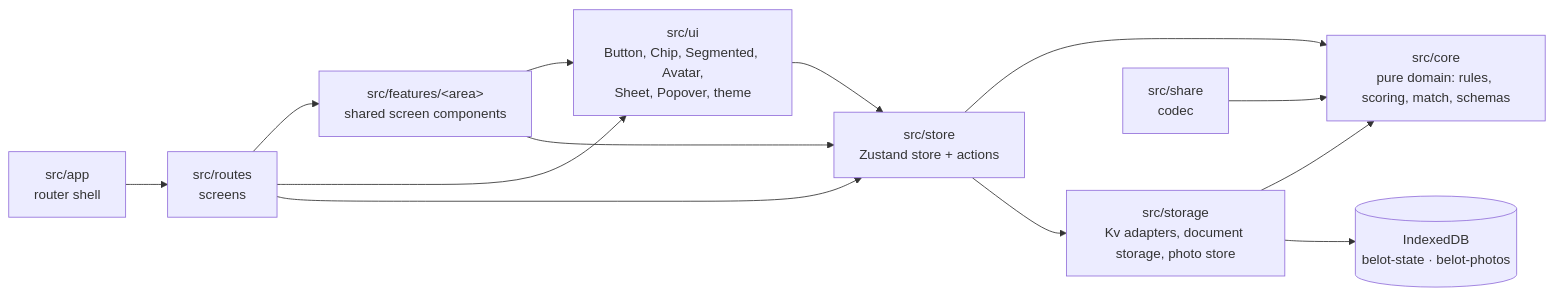
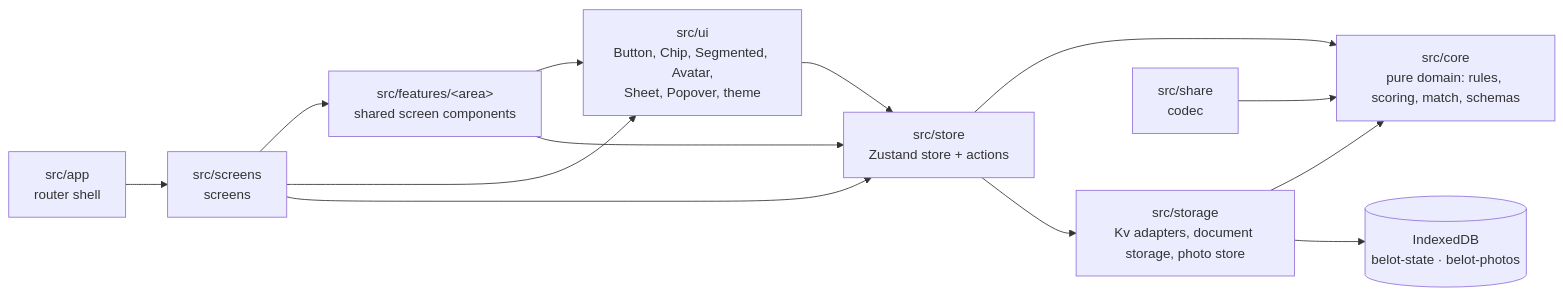
Before and after one commit to stoyanov624/Belot_Scorer: the diagram in docs/Architecture/Overview.md, drawn with Mermaid. The commit also changed other lines of this file and 19 other files, not shown here.

Commit message:
refactor: rename src/routes to src/screens

````diff
--- a/docs/Architecture/Overview.md
+++ b/docs/Architecture/Overview.md
@@ -7,16 +7,16 @@
 ```mermaid
 flowchart LR
-  Routes["src/routes<br/>screens"] --> Features
-  Routes --> UI
-  Routes --> Store
-  App["src/app<br/>router shell"] --> Routes
+  Screens["src/screens<br/>screens"] --> Features
+  Screens --> UI
+  Screens --> Store
+  App["src/app<br/>router shell"] --> Screens
   Features["src/features/&lt;area&gt;<br/>shared screen components"] --> UI
   Features --> Store
   UI["src/ui<br/>Button, Chip, Segmented, Avatar,<br/>Sheet, Popover, theme"] --> Store
   Store["src/store<br/>Zustand store + actions"] --> Core
   Store --> Storage
   Storage["src/storage<br/>Kv adapters, document storage, photo store"] --> Core
   Storage --> IDB[("IndexedDB<br/>belot-state · belot-photos")]
   Share["src/share<br/>codec"] --> Core
   Core["src/core<br/>pure domain: rules, scoring, match, schemas"]
 ```
````
